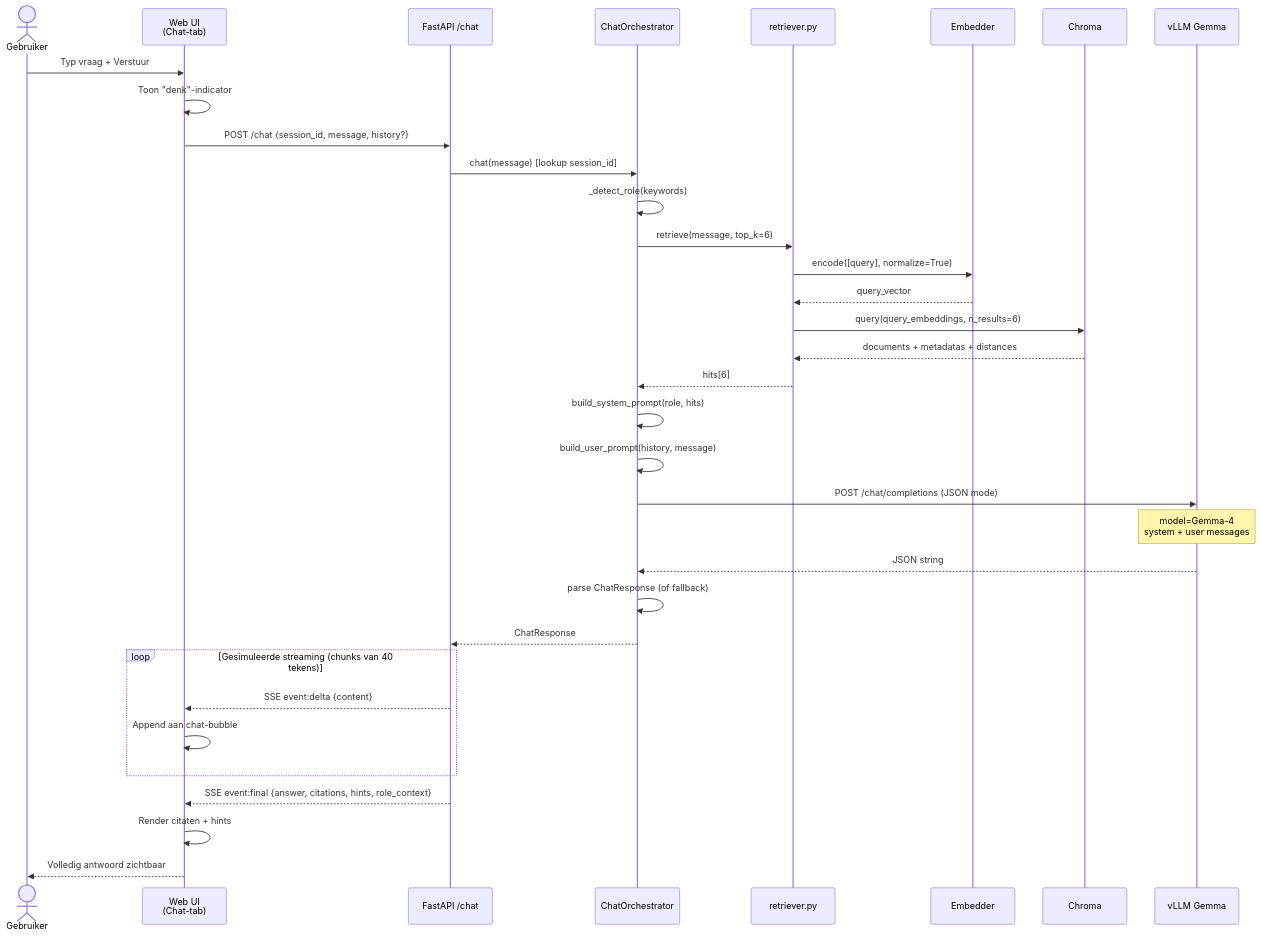
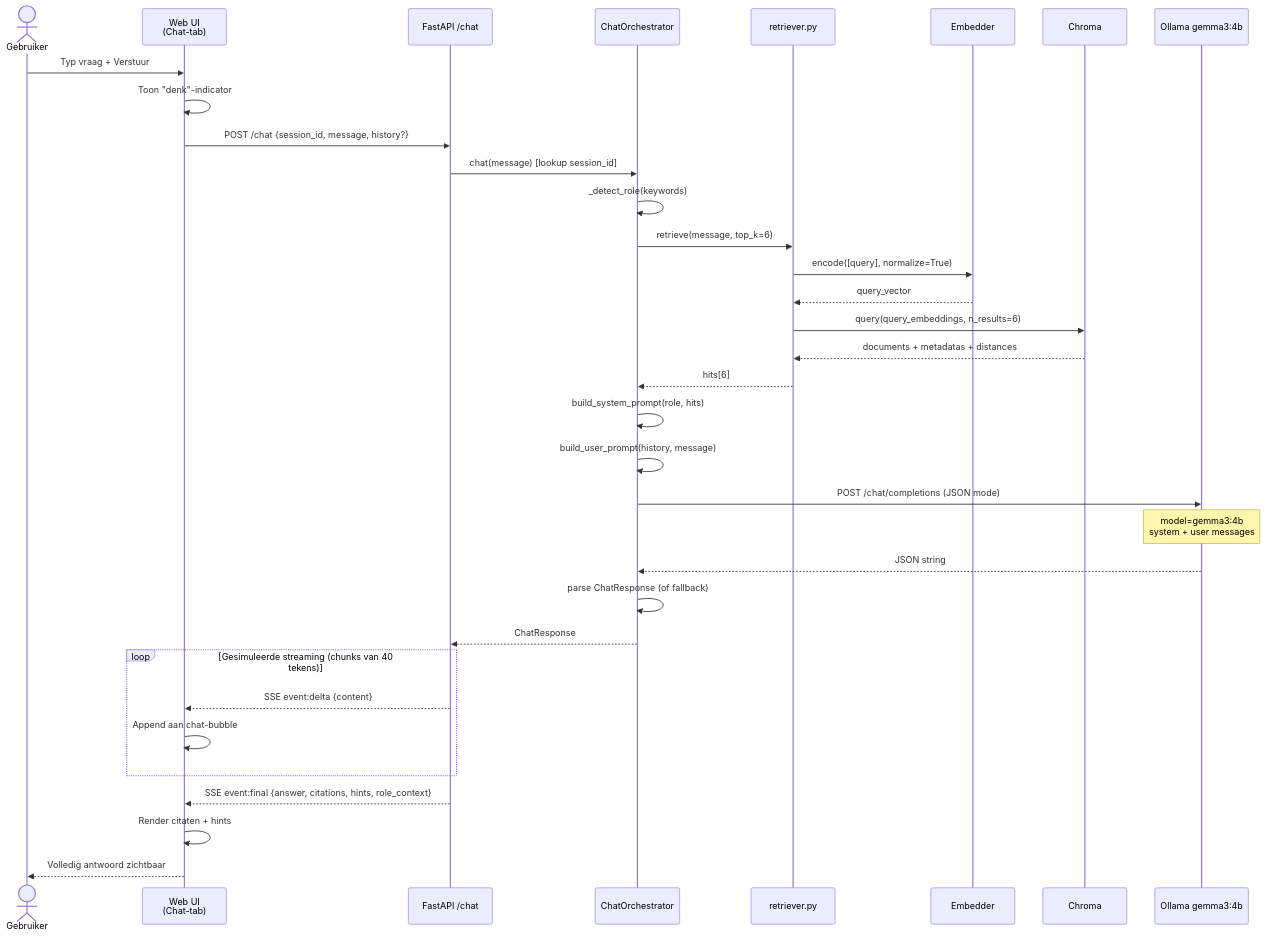
Before and after one commit to HobbyEd/jarvisje: the sixth of 7 diagrams in context-space/projections/technisch-design/technisch-design.md, drawn with Mermaid. The commit also changed other lines of this file and 17 other files, not shown here.

````diff
--- a/context-space/projections/technisch-design/technisch-design.md
+++ b/context-space/projections/technisch-design/technisch-design.md
@@ -645,43 +644,43 @@
 ```mermaid
 sequenceDiagram
     actor Gebruiker
     participant UI as Web UI<br/>(Chat-tab)
     participant API as FastAPI /chat
     participant Orch as ChatOrchestrator
     participant Ret as retriever.py
     participant Emb as Embedder
     participant Chroma as Chroma
-    participant LLM as vLLM Gemma
+    participant LLM as Ollama gemma3:4b
 
     Gebruiker->>UI: Typ vraag + Verstuur
     UI->>UI: Toon "denk"-indicator
     UI->>API: POST /chat {session_id, message, history?}
 
     API->>Orch: chat(message) [lookup session_id]
 
     Orch->>Orch: _detect_role(keywords)
     Orch->>Ret: retrieve(message, top_k=6)
     Ret->>Emb: encode([query], normalize=True)
     Emb-->>Ret: query_vector
     Ret->>Chroma: query(query_embeddings, n_results=6)
     Chroma-->>Ret: documents + metadatas + distances
     Ret-->>Orch: hits[6]
 
     Orch->>Orch: build_system_prompt(role, hits)
     Orch->>Orch: build_user_prompt(history, message)
     Orch->>LLM: POST /chat/completions (JSON mode)
-    Note over LLM: model=Gemma-4<br/>system + user messages
+    Note over LLM: model=gemma3:4b<br/>system + user messages
     LLM-->>Orch: JSON string
 
     Orch->>Orch: parse ChatResponse (of fallback)
     Orch-->>API: ChatResponse
 
     loop Gesimuleerde streaming (chunks van 40 tekens)
         API-->>UI: SSE event:delta {content}
         UI->>UI: Append aan chat-bubble
     end
 
     API-->>UI: SSE event:final {answer, citations, hints, role_context}
     UI->>UI: Render citaten + hints
     UI-->>Gebruiker: Volledig antwoord zichtbaar
 ```
````
